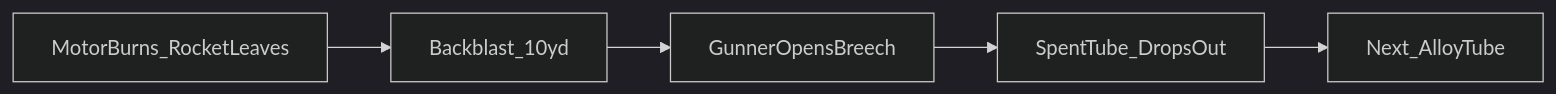
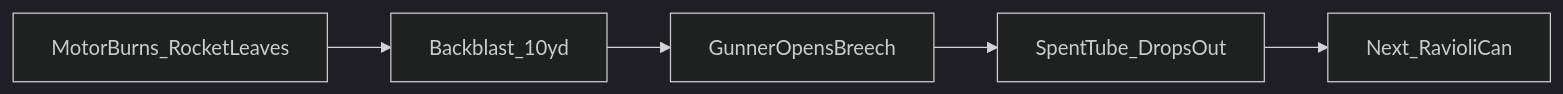
Before and after one commit to FratresMedAI/TKI-30-66: the fifth of 5 diagrams in docs/06-system-description.md, drawn with Mermaid (dark theme). The commit also changed other lines of this file and 14 other files, not shown here.

````diff
--- a/docs/06-system-description.md
+++ b/docs/06-system-description.md
@@ -124,7 +124,7 @@
 ```mermaid
 flowchart LR
   Fired[MotorBurns_RocketLeaves] --> Vent[Backblast_10yd]
   Vent --> Open[GunnerOpensBreech]
   Open --> Drop[SpentTube_DropsOut]
-  Drop --> Reload[Next_AlloyTube]
+  Drop --> Reload[Next_RavioliCan]
 ```
````
